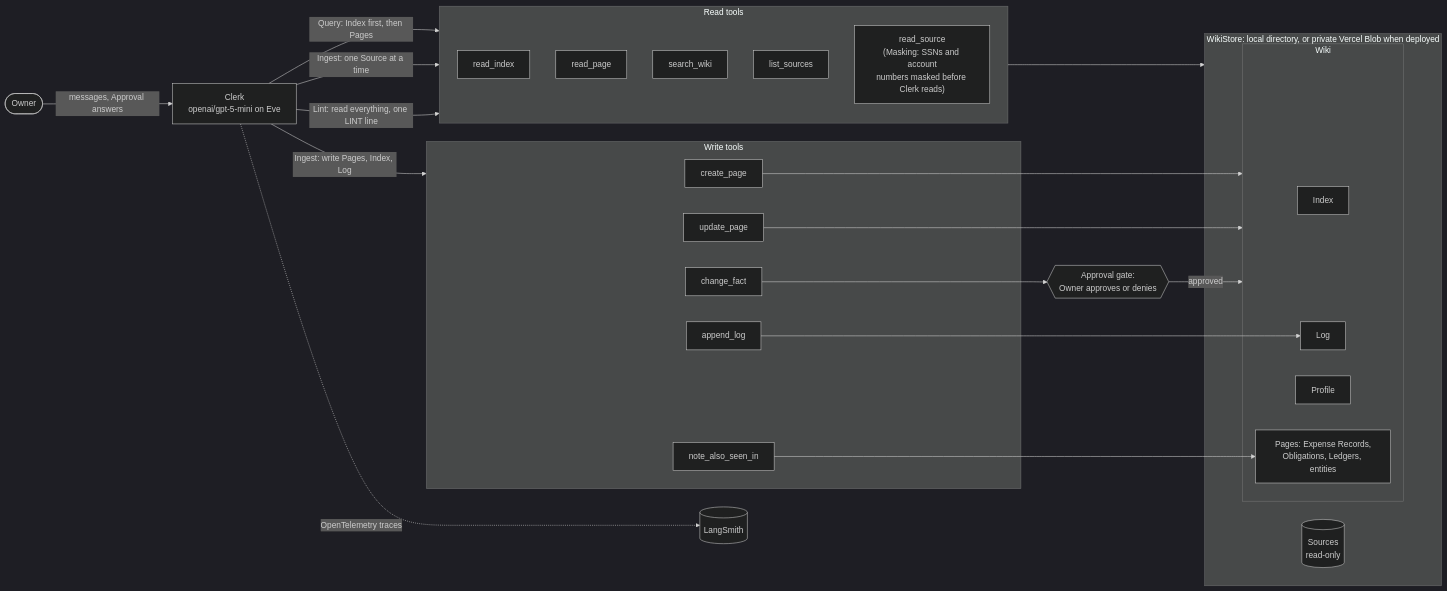
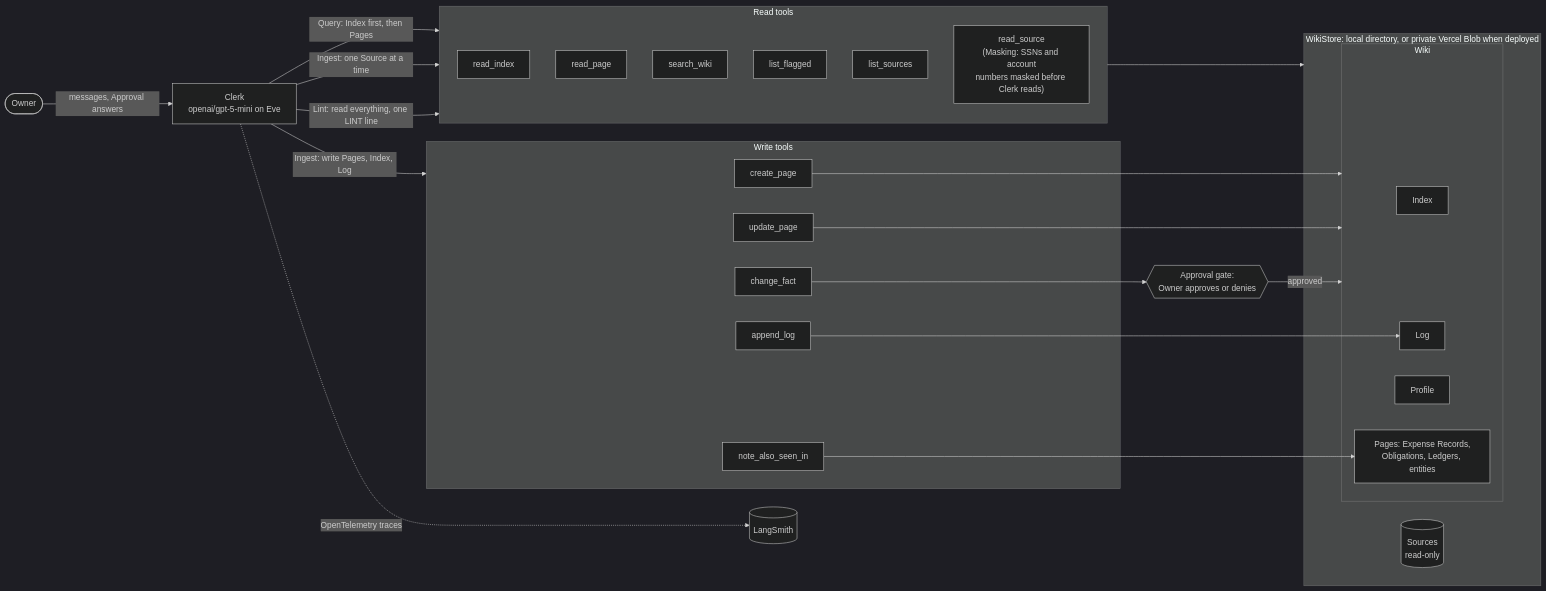
The diagram in README.md (rymanacevedo/business-wiki-agent), drawn with Mermaid (dark theme) before and after one commit. The commit also changed other lines of this file and 5 other files, not shown here.

First line of the commit message:
Add list_flagged and move the Lint skill's flag scans onto it

````diff
--- a/README.md
+++ b/README.md
@@ -114,44 +114,45 @@
 ```mermaid
 flowchart LR
   Owner([Owner]) -->|"messages, Approval answers"| Clerk["Clerk<br/>openai/gpt-5-mini on Eve"]
 
   subgraph Read["Read tools"]
     read_index
     read_page
     search_wiki
+    list_flagged
     list_sources
     read_source["read_source<br/>(Masking: SSNs and account<br/>numbers masked before Clerk reads)"]
   end
 
   subgraph Write["Write tools"]
     create_page
     update_page
     append_log
     note_also_seen_in
     change_fact
   end
 
   Gate{{"Approval gate:<br/>Owner approves or denies"}}
 
   subgraph Store["WikiStore: local directory, or private Vercel Blob when deployed"]
     Sources[("Sources<br/>read-only")]
     subgraph Wiki
       Index
       Log
       Profile
       Pages["Pages: Expense Records,<br/>Obligations, Ledgers, entities"]
     end
   end
 
   Clerk -->|"Query: Index first, then Pages"| Read
   Clerk -->|"Ingest: one Source at a time"| Read
   Clerk -->|"Ingest: write Pages, Index, Log"| Write
   Clerk -->|"Lint: read everything, one LINT line"| Read
   Read --> Store
   create_page --> Wiki
   update_page --> Wiki
   append_log --> Log
   note_also_seen_in --> Pages
   change_fact --> Gate -->|"approved"| Wiki
   Clerk -.->|"OpenTelemetry traces"| LangSmith[("LangSmith")]
 ```
````
